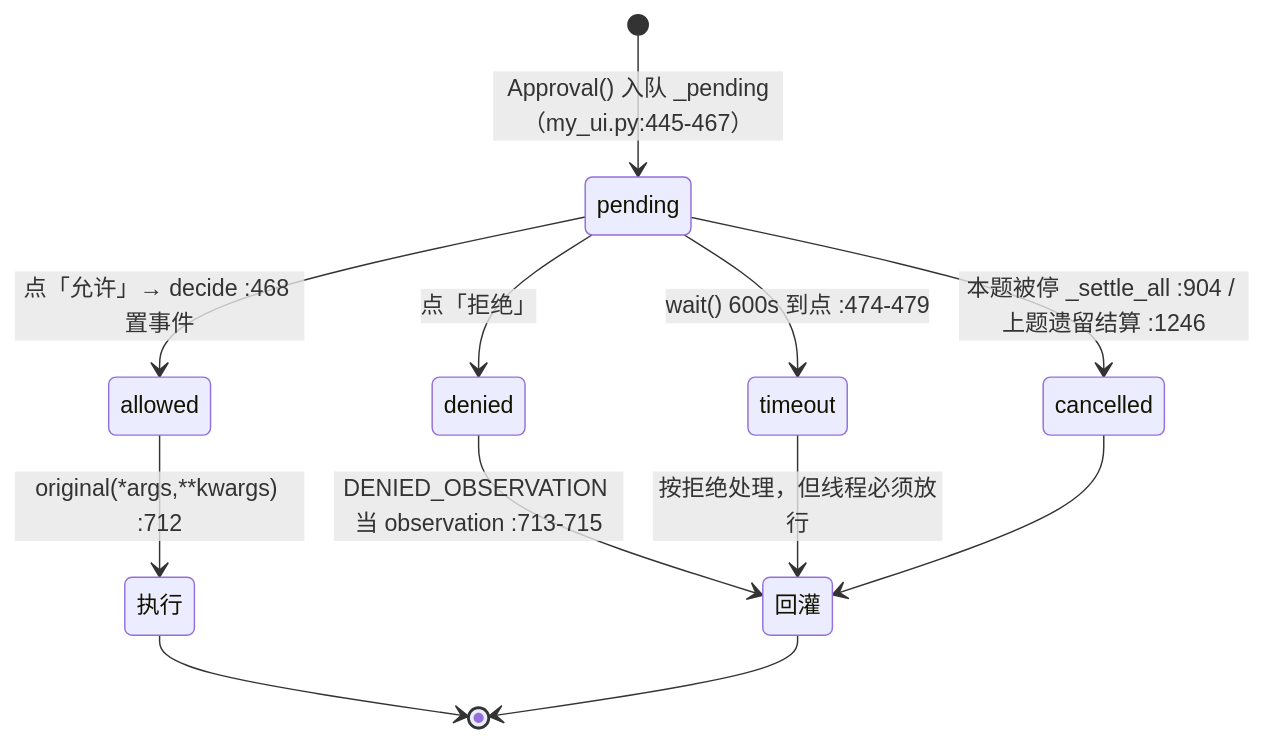
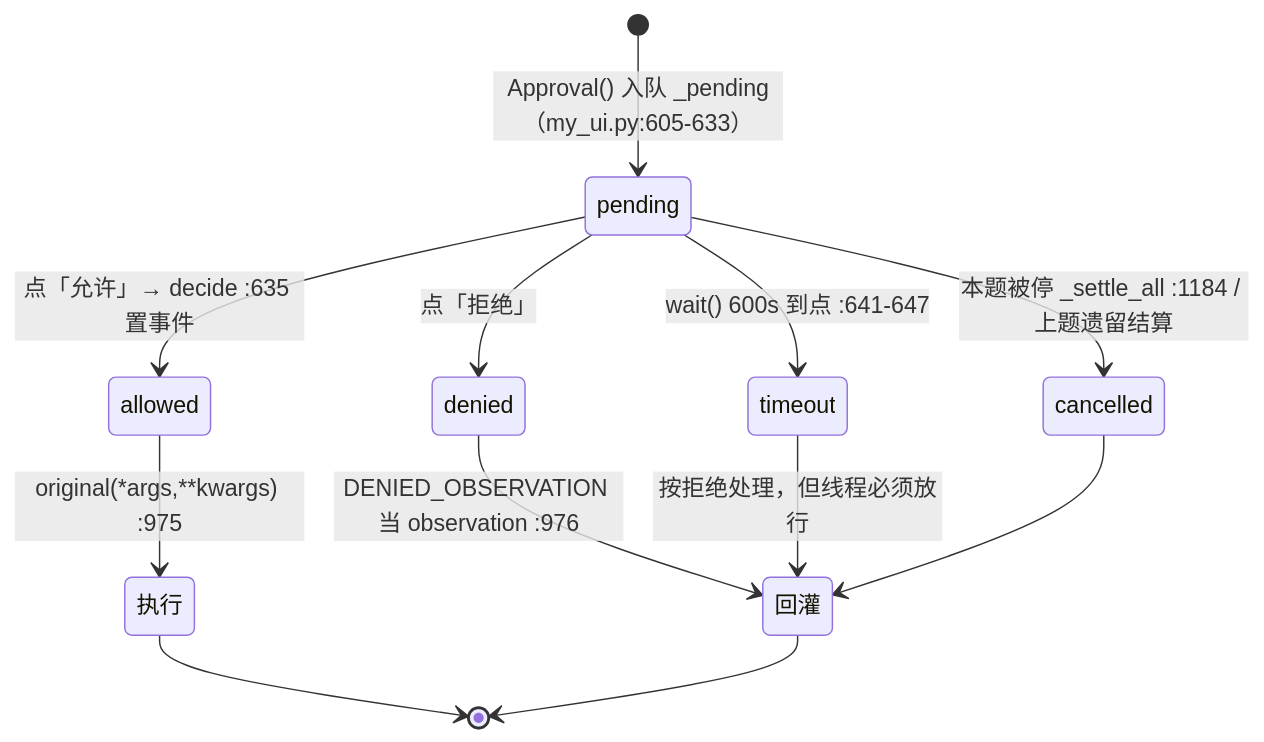
One commit to 151119011148/ScofenAgent changed the second of 2 diagrams in agent实现原理-一次问话全流程-面试剖析对照.md. Above: the diagram before and after it, drawn with Mermaid. The commit also changed other lines of this file and 35 other files, not shown here.

````diff
--- a/agent实现原理-一次问话全流程-面试剖析对照.md
+++ b/agent实现原理-一次问话全流程-面试剖析对照.md
@@ -355,14 +446,14 @@
 ```mermaid
 stateDiagram-v2
-    [*] --> pending: Approval() 入队 _pending（my_ui.py:445-467）
-    pending --> allowed: 点「允许」→ decide :468 置事件
+    [*] --> pending: Approval() 入队 _pending（my_ui.py:605-633）
+    pending --> allowed: 点「允许」→ decide :635 置事件
     pending --> denied: 点「拒绝」
-    pending --> cancelled: 本题被停 _settle_all :904 / 上题遗留结算 :1246
-    pending --> timeout: wait() 600s 到点 :474-479
-    allowed --> 执行: original(*args,**kwargs) :712
-    denied --> 回灌: DENIED_OBSERVATION 当 observation :713-715
+    pending --> cancelled: 本题被停 _settle_all :1184 / 上题遗留结算
+    pending --> timeout: wait() 600s 到点 :641-647
+    allowed --> 执行: original(*args,**kwargs) :975
+    denied --> 回灌: DENIED_OBSERVATION 当 observation :976
     timeout --> 回灌: 按拒绝处理，但线程必须放行
     cancelled --> 回灌
     执行 --> [*]
     回灌 --> [*]
 ```
````
